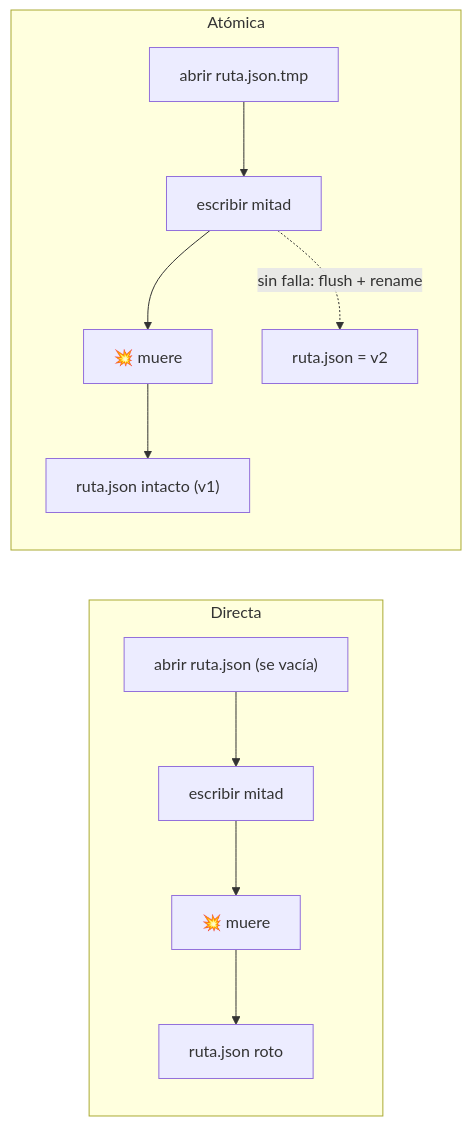
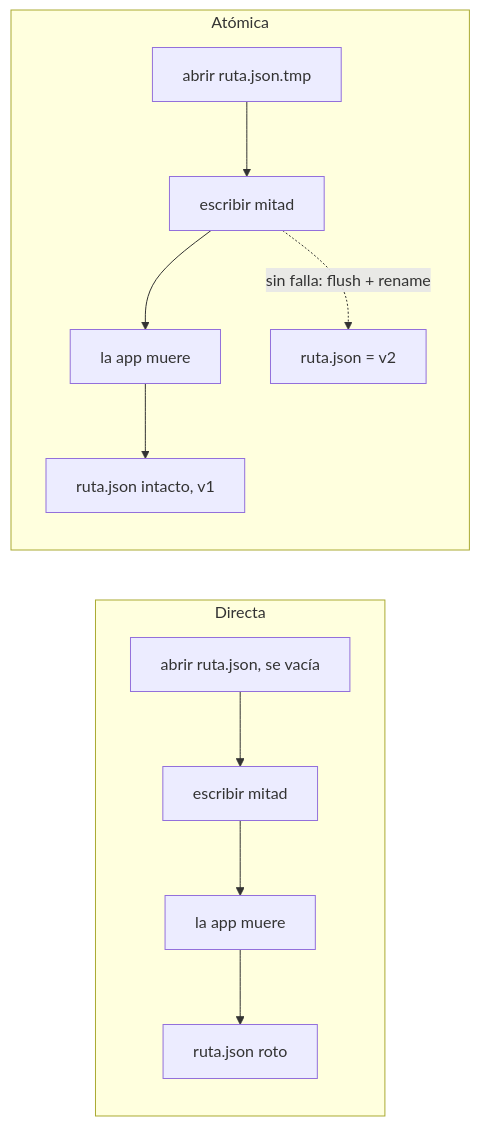
Before and after one commit to NICORUIZ93/The_Imperial_Book: the fifth of 5 diagrams in web/public/content/flutter/modulo-6.md, drawn with Mermaid. The commit also changed other lines of this file and 65 other files, not shown here.

````diff
--- a/web/public/content/flutter/modulo-6.md
+++ b/web/public/content/flutter/modulo-6.md
@@ -1483,10 +1889,10 @@
 ```mermaid
 flowchart LR
     subgraph D["Directa"]
-        D1["abrir ruta.json (se vacía)"] --> D2["escribir mitad"] --> D3["💥 muere"] --> D4["ruta.json roto"]
+        D1["abrir ruta.json, se vacía"] --> D2["escribir mitad"] --> D3["la app muere"] --> D4["ruta.json roto"]
     end
     subgraph A["Atómica"]
-        A1["abrir ruta.json.tmp"] --> A2["escribir mitad"] --> A3["💥 muere"] --> A4["ruta.json intacto (v1)"]
+        A1["abrir ruta.json.tmp"] --> A2["escribir mitad"] --> A3["la app muere"] --> A4["ruta.json intacto, v1"]
         A2 -.->|"sin falla: flush + rename"| A5["ruta.json = v2"]
     end
 ```
````
